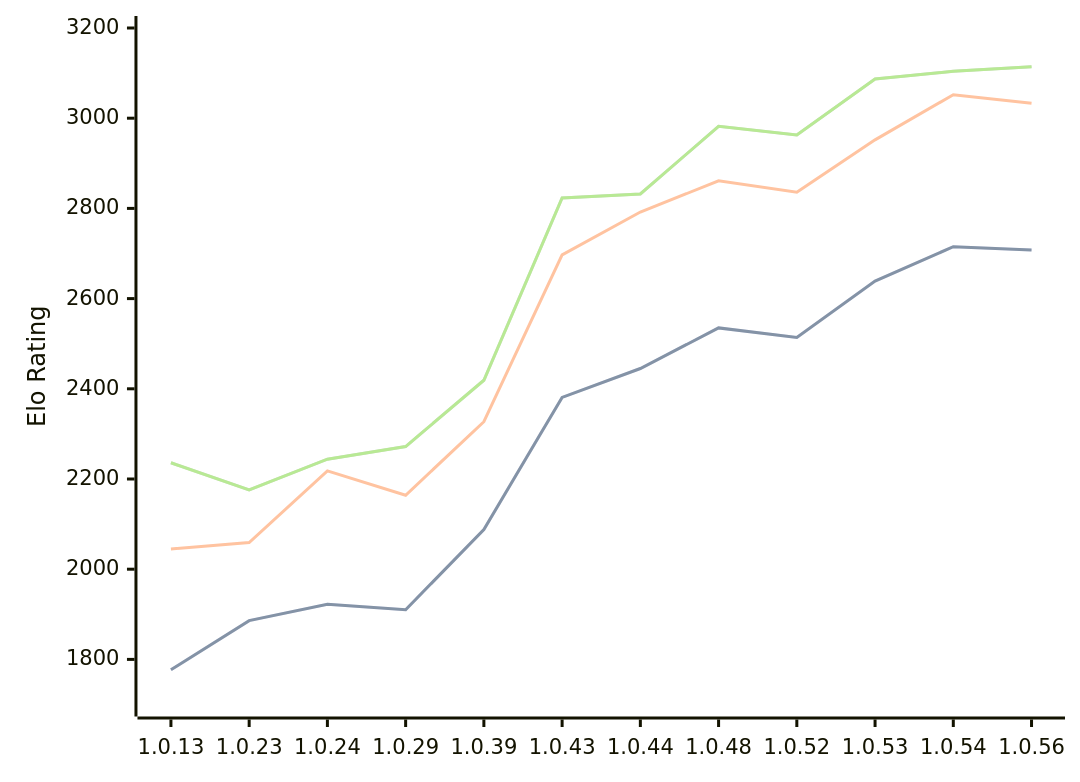
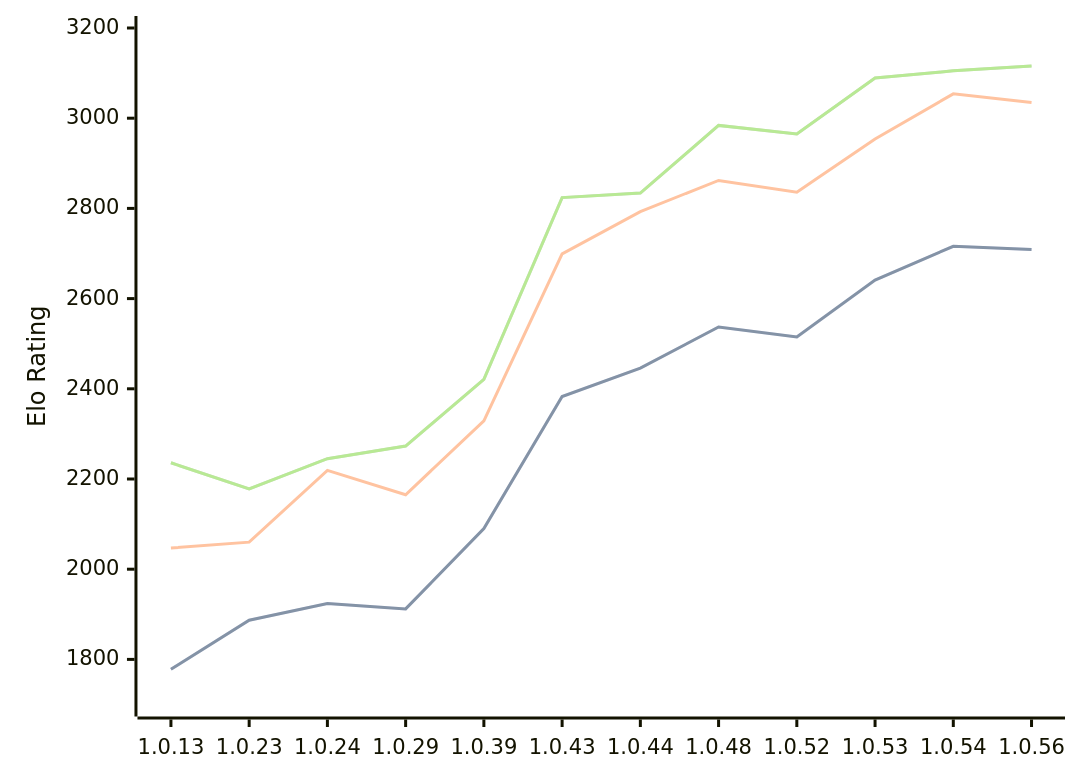
The diagram in engines/RustyRival.md (computer-chess-index/cci), drawn with Mermaid before and after one commit. The commit also changed other lines of this file, not shown here.

Commit message:
Update CCI Ratings (ELO VLTC) - 2026-10-09

````diff
--- a/engines/RustyRival.md
+++ b/engines/RustyRival.md
@@ -76,11 +76,11 @@
 ```mermaid
 %%{init: {"theme":"base","themeVariables":{"seriesColors:['#a3a3a3','#222221','#faa371']}}}%%
 xychart-beta
   x-axis ["1.0.13", "1.0.23", "1.0.24", "1.0.29", "1.0.39", "1.0.43", "1.0.44", "1.0.48", "1.0.52", "1.0.53", "1.0.54", "1.0.56"]
   y-axis "Elo Rating" 1700 --> 3200
-  line "" [1777, 1886, 1922, 1910, 2088, 2381, 2445, 2535, 2514, 2639, 2715, 2708]
-  line "STC (8.0+0.08s)" [1777, 1886, 1922, 1910, 2088, 2381, 2445, 2535, 2514, 2639, 2715, 2708]
-  line "LTC (60.0+0.60s)" [2045, 2059, 2218, 2164, 2327, 2697, 2792, 2861, 2836, 2952, 3052, 3033]
-  line "" [2236, 2176, 2244, 2272, 2419, 2823, 2832, 2982, 2963, 3087, 3104, 3114]
-  line "VLTC (2m24s+1.12s)" [2236, 2176, 2244, 2272, 2419, 2823, 2832, 2982, 2963, 3087, 3104, 3114]
+  line "" [1778, 1887, 1924, 1912, 2090, 2383, 2446, 2537, 2515, 2641, 2716, 2709]
+  line "STC (8.0+0.08s)" [1778, 1887, 1924, 1912, 2090, 2383, 2446, 2537, 2515, 2641, 2716, 2709]
+  line "LTC (60.0+0.60s)" [2047, 2060, 2219, 2165, 2329, 2699, 2793, 2862, 2836, 2954, 3054, 3035]
+  line "" [2236, 2178, 2245, 2273, 2421, 2824, 2834, 2984, 2965, 3089, 3105, 3116]
+  line "VLTC (2m24s+1.12s)" [2236, 2178, 2245, 2273, 2421, 2824, 2834, 2984, 2965, 3089, 3105, 3116]
 ```
````
